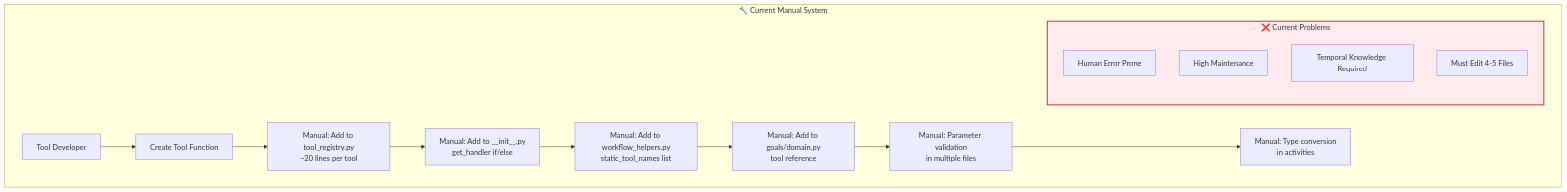
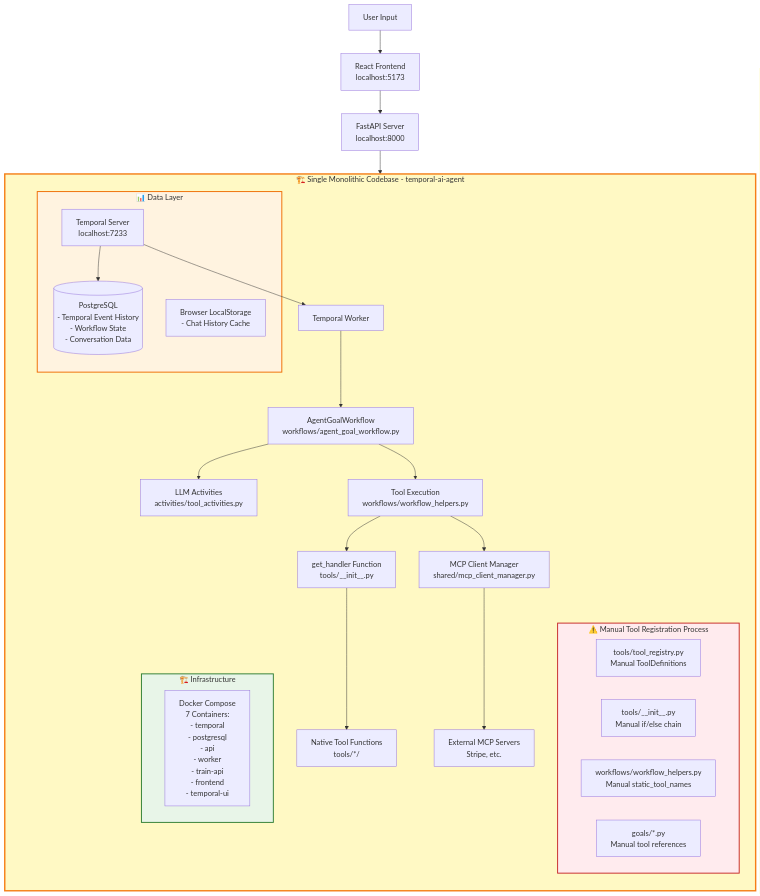
One commit to shin-hyuk/yoda changed the first of 2 diagrams in NEW_ARCHITECTURE_PLAN.md. Above: the diagram before and after it, drawn with Mermaid. The commit also changed other lines of this file, not shown here.

````diff
--- a/NEW_ARCHITECTURE_PLAN.md
+++ b/NEW_ARCHITECTURE_PLAN.md
@@ -13,22 +13,47 @@
 ```mermaid
 graph TB
-    subgraph CurrentSystem ["🔧 Current Manual System"]
-        Developer[Tool Developer] --> CreateTool[Create Tool Function]
-        CreateTool --> ManualReg1[Manual: Add to tool_registry.py<br/>~20 lines per tool]
-        ManualReg1 --> ManualReg2[Manual: Add to __init__.py<br/>get_handler if/else]
-        ManualReg2 --> ManualReg3[Manual: Add to workflow_helpers.py<br/>static_tool_names list]
-        ManualReg3 --> ManualReg4[Manual: Add to goals/domain.py<br/>tool reference]
-        ManualReg4 --> ValidationLogic[Manual: Parameter validation<br/>in multiple files]
-        ValidationLogic --> TypeConvert[Manual: Type conversion<br/>in activities]
+    User[User Input] --> Frontend[React Frontend<br/>localhost:5173]
+    Frontend --> API[FastAPI Server<br/>localhost:8000]
+    API --> Temporal[Temporal Server<br/>localhost:7233]
+    Temporal --> Worker[Temporal Worker]
+    
+    subgraph MonolithicSystem ["🏗️ Single Monolithic Codebase - temporal-ai-agent"]
+        direction TB
+        Worker --> AgentWorkflow[AgentGoalWorkflow<br/>workflows/agent_goal_workflow.py]
+        AgentWorkflow --> LLMActivity[LLM Activities<br/>activities/tool_activities.py]
+        AgentWorkflow --> ToolExecution[Tool Execution<br/>workflows/workflow_helpers.py]
         
-        subgraph Problems ["❌ Current Problems"]
-            Errors[Human Error Prone]
-            Maintenance[High Maintenance]
-            Knowledge[Temporal Knowledge Required]
-            Files[Must Edit 4-5 Files]
+        ToolExecution --> GetHandler[get_handler Function<br/>tools/__init__.py]
+        GetHandler --> NativeTools[Native Tool Functions<br/>tools/*/]
+        
+        ToolExecution --> MCPClient[MCP Client Manager<br/>shared/mcp_client_manager.py]
+        MCPClient --> ExternalMCP[External MCP Servers<br/>Stripe, etc.]
+        
+        subgraph ManualRegistration ["⚠️ Manual Tool Registration Process"]
+            ToolRegistry[tools/tool_registry.py<br/>Manual ToolDefinitions]
+            HandlerMapping[tools/__init__.py<br/>Manual if/else chain]
+            StaticList[workflows/workflow_helpers.py<br/>Manual static_tool_names]
+            GoalFiles[goals/*.py<br/>Manual tool references]
+        end
+        
+        subgraph DataLayer ["📊 Data Layer"]
+            Postgres[(PostgreSQL<br/>- Temporal Event History<br/>- Workflow State<br/>- Conversation Data)]
+            Temporal --> Postgres
+            LocalStorage[Browser LocalStorage<br/>- Chat History Cache]
+        end
+        
+        subgraph Infrastructure ["🏗️ Infrastructure"]
+            Docker[Docker Compose<br/>7 Containers:<br/>- temporal<br/>- postgresql<br/>- api<br/>- worker<br/>- train-api<br/>- frontend<br/>- temporal-ui]
         end
     end
     
-    classDef problem fill:#ffebee,stroke:#c62828,stroke-width:2px
-    class Problems problem
+    classDef monolith fill:#fff9c4,stroke:#f57f17,stroke-width:3px
+    classDef manual fill:#ffebee,stroke:#c62828,stroke-width:2px
+    classDef dataBox fill:#fff3e0,stroke:#ef6c00,stroke-width:2px
+    classDef infraBox fill:#e8f5e8,stroke:#2e7d32,stroke-width:2px
+    
+    class MonolithicSystem monolith
+    class ManualRegistration manual
+    class DataLayer dataBox
+    class Infrastructure infraBox
 ```
````
